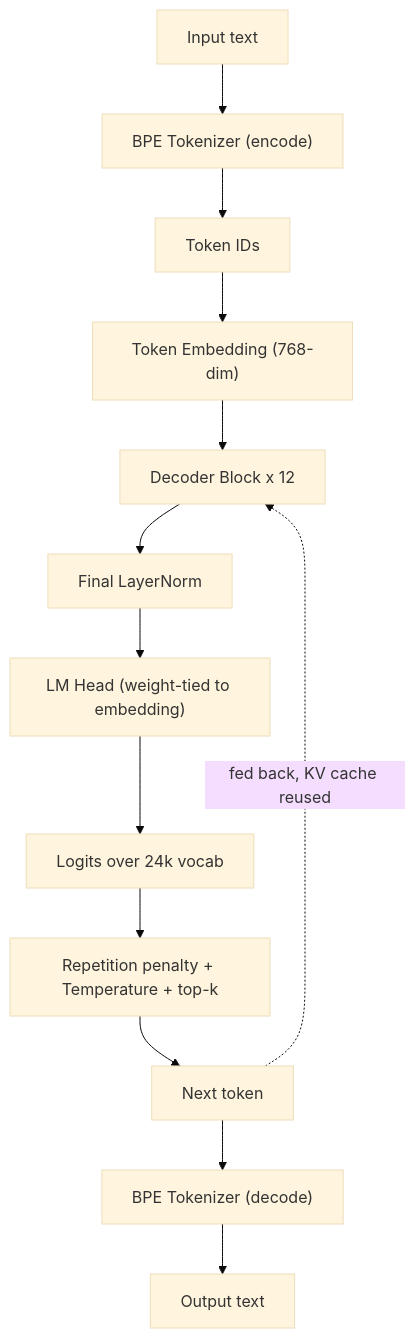
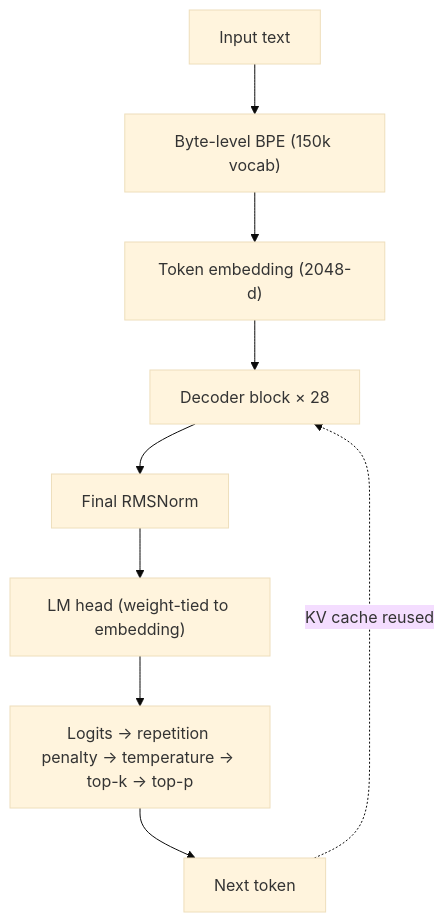
One commit to HmedNejjar/Nova changed the first of 3 diagrams in README.md. Above: the diagram before and after it, drawn with Mermaid (base theme). The commit also changed other lines of this file and 1 other file, not shown here.

````diff
--- a/README.md
+++ b/README.md
@@ -24,15 +41,11 @@
 ```mermaid
 flowchart TD
-    A["Input text"] --> B["BPE Tokenizer (encode)"]
-    B --> C["Token IDs"]
-    C --> D["Token Embedding (768-dim)"]
-    D --> E["Decoder Block x 12"]
-    E --> F["Final LayerNorm"]
-    F --> G["LM Head (weight-tied to embedding)"]
-    G --> H["Logits over 24k vocab"]
-    H --> I["Repetition penalty + Temperature + top-k"]
-    I --> J["Next token"]
-    J -.->|"fed back, KV cache reused"| E
-    J --> K["BPE Tokenizer (decode)"]
-    K --> L["Output text"]
+    A["Input text"] --> B["Byte-level BPE (150k vocab)"]
+    B --> C["Token embedding (2048-d)"]
+    C --> D["Decoder block × 28"]
+    D --> E["Final RMSNorm"]
+    E --> F["LM head (weight-tied to embedding)"]
+    F --> G["Logits → repetition penalty → temperature → top-k → top-p"]
+    G --> H["Next token"]
+    H -.->|"KV cache reused"| D
 ```
````
